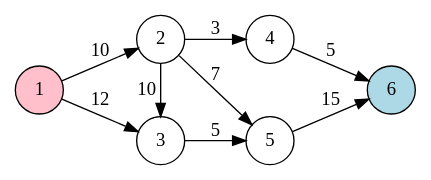
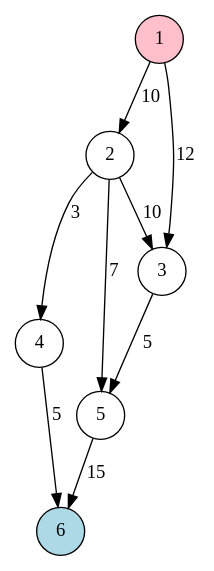
The diagram in NetworkData/Networks/Network_1.dot (AdrianMatei20/FlowAlgorithmsVisualized), drawn with Graphviz before and after one commit. The commit also changed 3 other files, not shown here.

```diff
--- a/NetworkData/Networks/Network_1.dot
+++ b/NetworkData/Networks/Network_1.dot
@@ -1,25 +1,21 @@
 digraph {
 
-    graph [rankdir=LR, ranksep=0.5, nodesep=0.25];
     node [shape=circle];
 
-    1 [label="1", style="filled", fillcolor="pink"];
-    2 [label="2", group="1"];
-    3 [label="3", group="2"];
-    4 [label="4", group="1"];
-    5 [label="5", group="2"];
-    6 [label="6", style="filled", fillcolor="lightblue"];
-
-    {rank = same; 2; 3;}
-    {rank = same; 4; 5;}
+    1 [label="1", style="filled", fillcolor="pink", pos="0,1!"];
+    2 [label="2", pos="1,0!"];
+    3 [label="3", pos="1,2!"];
+    4 [label="4", pos="3,0!"];
+    5 [label="5", pos="3,2!"];
+    6 [label="6", style="filled", fillcolor="lightblue", pos="4,1!"];
 
     1 -> 2 [label="10"];
     1 -> 3 [label="12"];
     2 -> 3 [label="10"];
     2 -> 4 [label="3"];
     2 -> 5 [label="7"];
     3 -> 5 [label="5"];
     4 -> 6 [label="5"];
     5 -> 6 [label="15"];
 
 }
```
